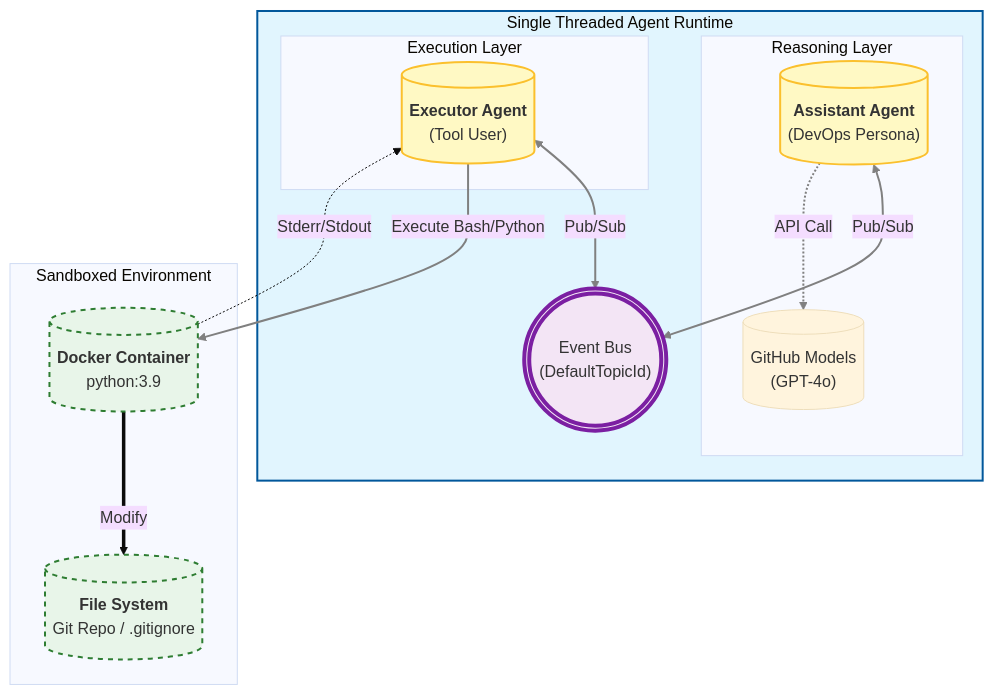
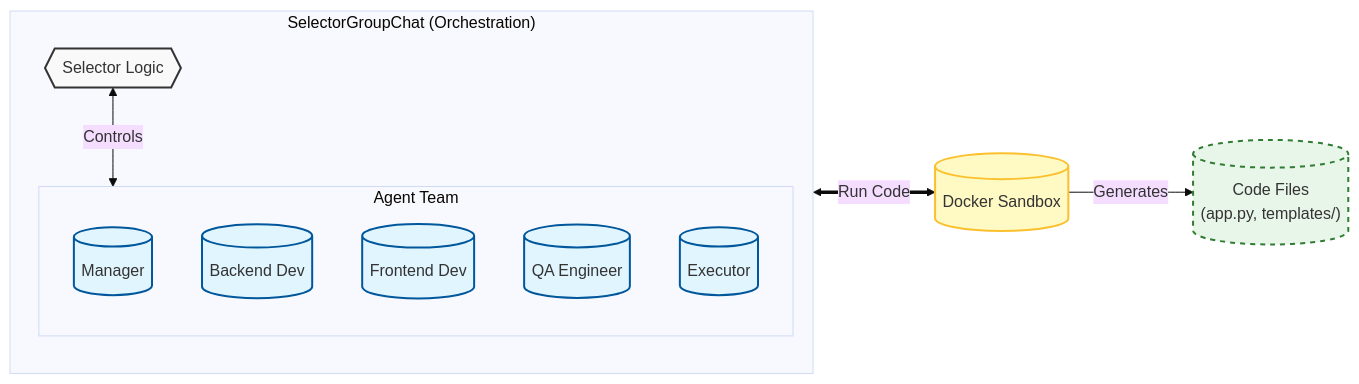
Before and after one commit to anandn1/agentic-devops-sandbox: the diagram in README.md, drawn with Mermaid (base theme). The commit also changed other lines of this file, not shown here.

````diff
--- a/README.md
+++ b/README.md
@@ -17,46 +17,33 @@
 ```mermaid
-graph TD
-    %% Define Styles
-    classDef runtime fill:#e1f5fe,stroke:#01579b,stroke-width:2px;
-    classDef agent fill:#fff9c4,stroke:#fbc02d,stroke-width:2px;
-    classDef docker fill:#e8f5e9,stroke:#2e7d32,stroke-width:2px,stroke-dasharray: 5 5;
-    classDef bus fill:#f3e5f5,stroke:#7b1fa2,stroke-width:4px;
+    graph LR
+        %% Styles
+        classDef hub fill:#f9f9f9,stroke:#333,stroke-width:2px;
+        classDef agent fill:#e1f5fe,stroke:#01579b,stroke-width:2px;
+        classDef box fill:#fff9c4,stroke:#fbc02d,stroke-width:2px;
+        classDef file fill:#e8f5e9,stroke:#2e7d32,stroke-width:2px,stroke-dasharray: 5 5;
 
-    %% Nodes and Subgraphs
-    subgraph Runtime ["Single Threaded Agent Runtime"]
-        EventBus((("Event Bus<br/>(DefaultTopicId)")))
-        
-        subgraph Reasoning ["Reasoning Layer"]
-            Assistant[("<b>Assistant Agent</b><br/>(DevOps Persona)")]
-            LLM[("GitHub Models<br/>(GPT-4o)")]
+        %% Orchestration Layer
+        subgraph GroupChat ["SelectorGroupChat (Orchestration)"]
+            direction TB
+            Selector{{"Selector Logic"}}
+            
+            subgraph Squad ["Agent Team"]
+                Manager[("Manager")]
+                Backend[("Backend Dev")]
+                Frontend[("Frontend Dev")]
+                QA[("QA Engineer")]
+                Executor[("Executor")]
+            end
         end
 
-        subgraph Execution ["Execution Layer"]
-            Executor[("<b>Executor Agent</b><br/>(Tool User)")]
-        end
-    end
+        %% Execution & Output
+        Selector <-->|Controls| Squad
+        Executor <==>|Run Code| Sandbox[("Docker Sandbox")]
+        Sandbox -->|Generates| Artifacts[("Code Files<br/>(app.py, templates/)")]
 
-    subgraph Sandbox ["Sandboxed Environment"]
-        Docker[("<b>Docker Container</b><br/>python:3.9")]
-        FileSystem[("<b>File System</b><br/>Git Repo / .gitignore")]
-    end
-
-    %% Apply Styles (At the end to prevent parse errors)
-    class EventBus bus;
-    class Assistant,Executor agent;
-    class Docker,FileSystem docker;
-    class Runtime runtime;
-
-    %% Connections
-    Assistant <-->|Pub/Sub| EventBus
-    Executor <-->|Pub/Sub| EventBus
-    
-    Assistant -.->|API Call| LLM
-    Executor ==>|Execute Bash/Python| Docker
-    Docker ==>|Modify| FileSystem
-    Docker -.->|Stderr/Stdout| Executor
-
-    %% Link Styling
-    linkStyle 0,1,2,3 stroke-width:2px,fill:none,stroke:gray;
-
+        %% Apply Styles
+        class Selector hub;
+        class Manager,Backend,Frontend,QA,Executor agent;
+        class Sandbox box;
+        class Artifacts file;
 ```
````
